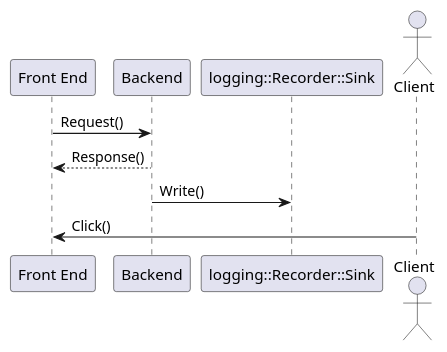
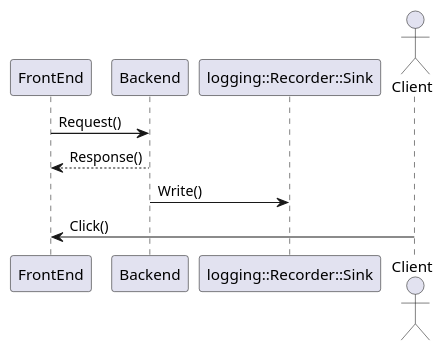
One commit to eclipse-score/tooling changed the diagram in plantuml/parser/integration_test/cross_diagram/sequence_forms/sequence_diagram.puml. Above: the diagram before and after it, drawn with PlantUML. The commit also changed 375 other files, not shown here.

First line of the commit message:
[plantuml tooling] use name instead of alias for uid generation

```diff
--- a/plantuml/parser/integration_test/cross_diagram/sequence_forms/sequence_diagram.puml
+++ b/plantuml/parser/integration_test/cross_diagram/sequence_forms/sequence_diagram.puml
@@ -13,10 +13,10 @@
 @startuml
-participant "Front End" as Frontend
+participant "FrontEnd" as Frontend
 participant Backend
 participant "logging::Recorder::Sink" as Sink
 actor Client
 Frontend -> Backend : Request()
 Backend --> Frontend : Response()
 Backend -> Sink : Write()
 Client -> Frontend : Click()
 @enduml
```
